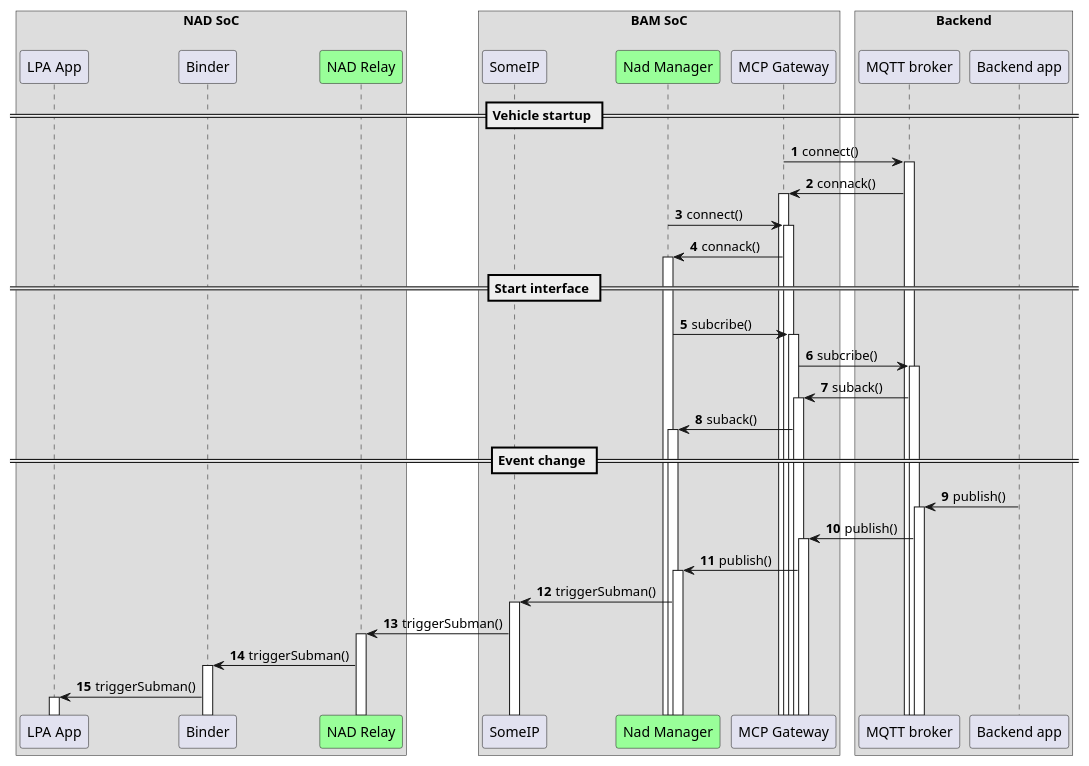
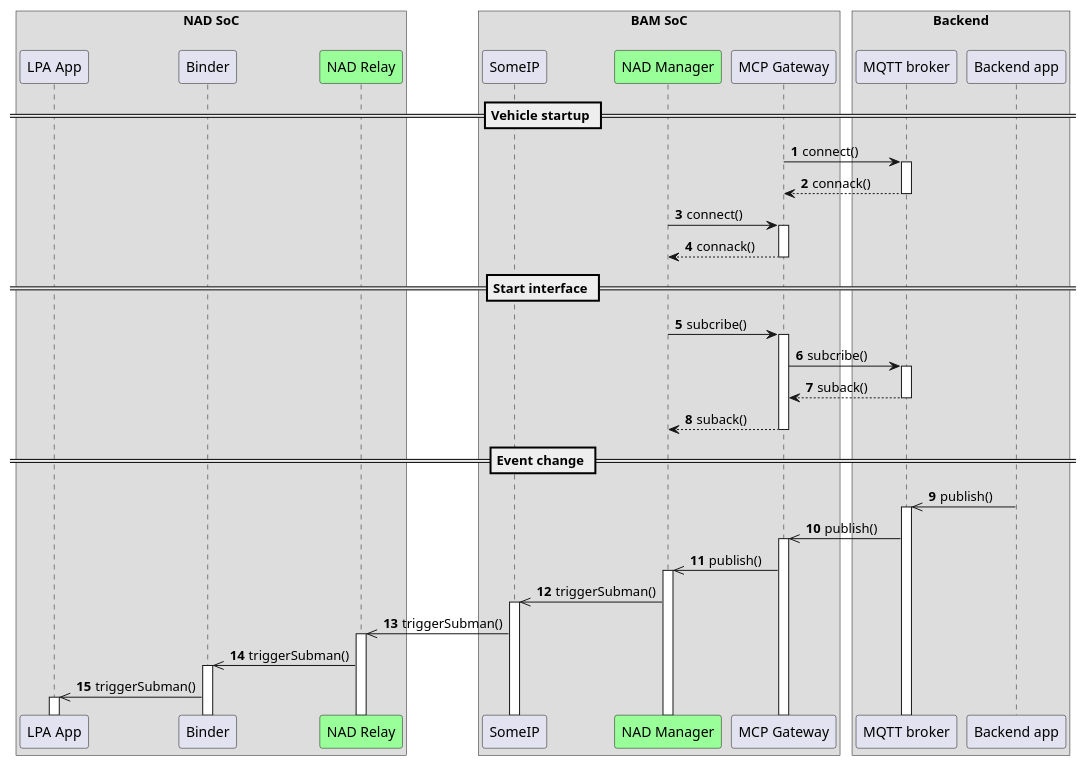
One commit to taikt/codefun changed the diagram in doc/SA cert/Design/figures/sequence_diagram/lpa.wsd. Above: the diagram before and after it, drawn with PlantUML. The commit also changed 13 other files, not shown here.

```diff
--- a/doc/SA cert/Design/figures/sequence_diagram/lpa.wsd
+++ b/doc/SA cert/Design/figures/sequence_diagram/lpa.wsd
@@ -1,57 +1,57 @@
 @startuml
 !pragma teoz true
 autonumber
 autoactivate on
 box "NAD SoC\n"
 
     participant "LPA App" as lpa
     participant "Binder" as bin 
 
 
     participant "NAD Relay" as lpa_pr #99FF99
   
 
 end box
 
    
 
 box "BAM SoC\n"
      participant "SomeIP" as sip 
-    participant "Nad Manager" as nadm #99FF99
+    participant "NAD Manager" as nadm #99FF99
  
     participant "MCP Gateway" as gw
 end box
 
 box "Backend"
     participant "MQTT broker" as bro
     participant "Backend app" as backend
 end box
 
 == Vehicle startup ==
 
 gw -> bro: connect()
-bro -> gw: connack()
+bro --> gw: connack()
 
 nadm -> gw: connect()
-gw -> nadm: connack()
+gw --> nadm: connack()
 
 == Start interface ==
 nadm -> gw: subcribe()
 gw -> bro: subcribe()
-bro -> gw: suback()
-gw -> nadm: suback()
+bro --> gw: suback()
+gw --> nadm: suback()
 
 == Event change ==
-backend -> bro: publish()
-bro -> gw: publish()
+backend ->> bro: publish()
+bro ->> gw: publish()
 
-gw -> nadm: publish()
+gw ->> nadm: publish()
 
 
-nadm -> sip: triggerSubman()
-sip -> lpa_pr: triggerSubman()
+nadm ->> sip: triggerSubman()
+sip ->> lpa_pr: triggerSubman()
 
-lpa_pr -> bin: triggerSubman()
-bin -> lpa: triggerSubman()
+lpa_pr ->> bin: triggerSubman()
+bin ->> lpa: triggerSubman()
 
 @enduml
```
